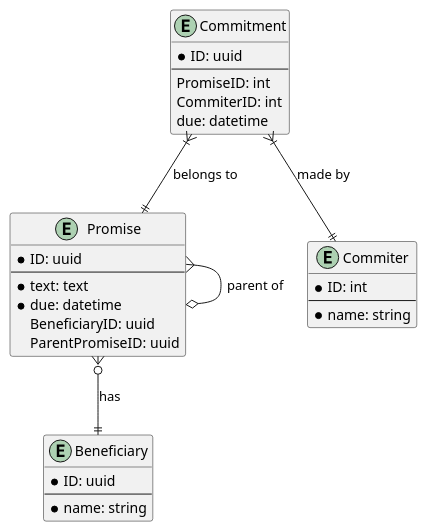
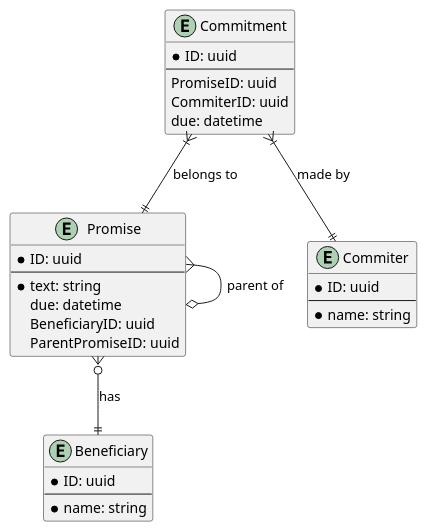
The diagram in docs/database_schema.md (gregorybednov/lbc), drawn with PlantUML before and after one commit. The commit also changed 1 other file, not shown here.

Commit message:
suspending most annoying DUE checks
maybe, not forever...

```diff
--- a/docs/database_schema.md
+++ b/docs/database_schema.md
@@ -6,37 +6,37 @@
-@startuml
+    @startuml
 
-entity Promise {
-  * ID: uuid
-  --
-  * text: text
-  * due: datetime
-  BeneficiaryID: uuid
-  ParentPromiseID: uuid
-}
+    entity Promise {
+      * ID: uuid
+      --
+      * text: string
+      due: datetime
+      BeneficiaryID: uuid
+      ParentPromiseID: uuid
+    }
 
-entity Beneficiary {
-  * ID: uuid
-  --
-  * name: string
-}
+    entity Beneficiary {
+      * ID: uuid
+      --
+      * name: string
+    }
 
-entity Commitment {
-  * ID: uuid
-  --
-  PromiseID: int
-  CommiterID: int
-  due: datetime
-}
+    entity Commitment {
+      * ID: uuid
+      --
+      PromiseID: uuid
+      CommiterID: uuid
+      due: datetime
+    }
 
-entity Commiter {
-  * ID: int
-  --
-  * name: string
-}
+    entity Commiter {
+      * ID: uuid
+      --
+      * name: string
+    }
 
-Commitment }|--|| Promise : belongs to
-Commitment }|--|| Commiter : made by
-Promise }o--|| Beneficiary : has
-Promise }--o Promise : parent of
+    Commitment }|--|| Promise : belongs to
+    Commitment }|--|| Commiter : made by
+    Promise }o--|| Beneficiary : has
+    Promise }--o Promise : parent of
 
-@enduml
+    @enduml
```
